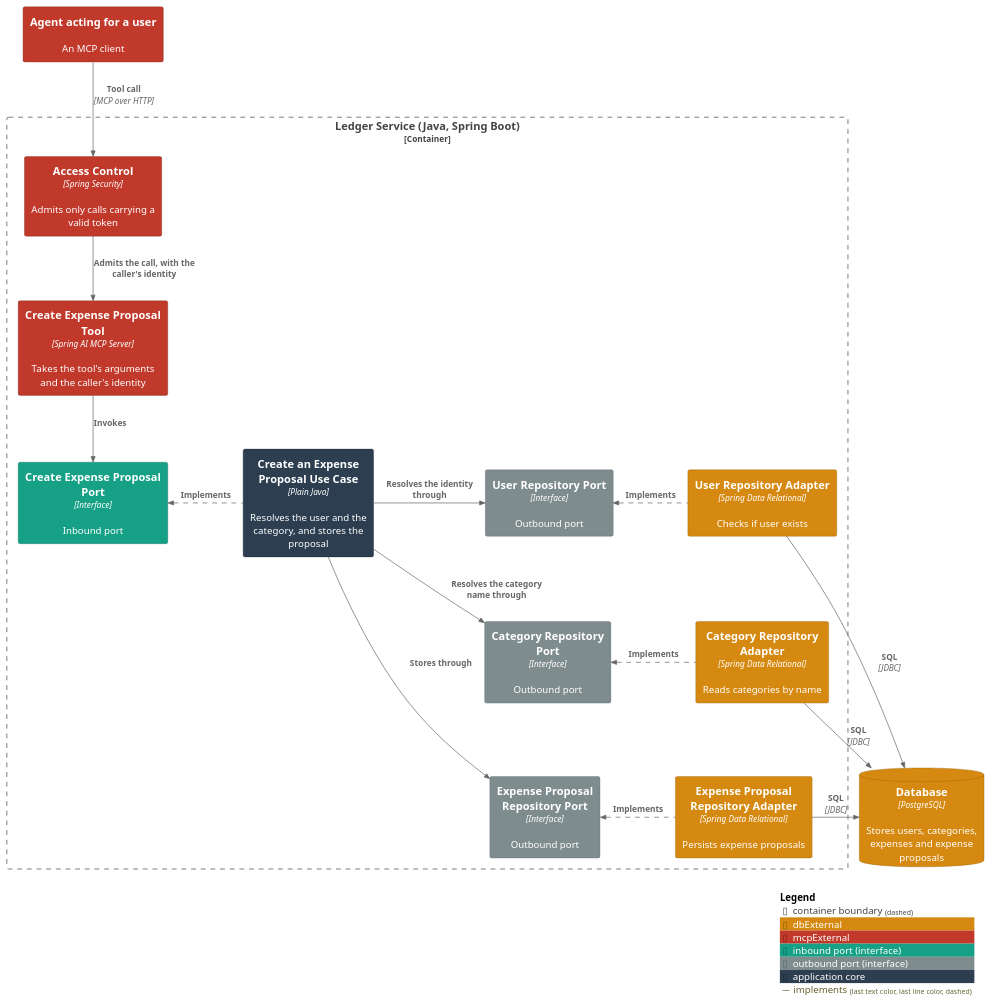
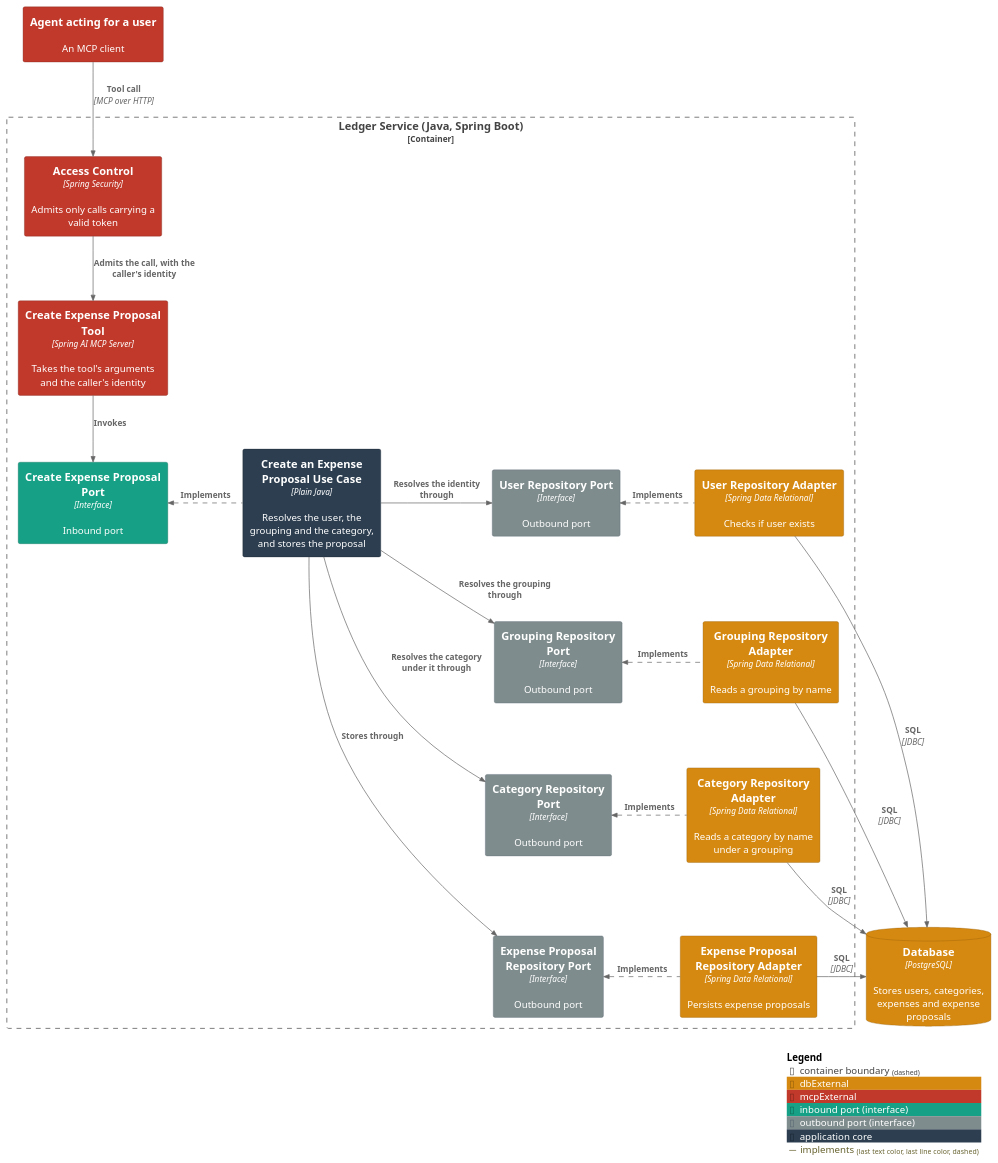
Before and after one commit to ds-usova/finance-bot: the first of 2 diagrams in ledger-service/docs/usecases/create-an-expense-proposal.md, drawn with PlantUML. The commit also changed other lines of this file and 98 other files, not shown here.

First line of the commit message:
Refactoring: new domain classes Grouping and Category (#4)

````diff
--- a/ledger-service/docs/usecases/create-an-expense-proposal.md
+++ b/ledger-service/docs/usecases/create-an-expense-proposal.md
@@ -60,47 +61,53 @@
 ```plantuml
 @startuml C3-Component-CreateExpenseProposal
 !include <C4/C4_Component>
 
 AddElementTag("dbExternal", $bgColor="#d68910", $fontColor="#ffffff", $borderColor="#8f5c0a")
 AddElementTag("mcpExternal", $bgColor="#c0392b", $fontColor="#ffffff", $borderColor="#7b241c")
 AddElementTag("portIn", $bgColor="#16a085", $fontColor="#ffffff", $borderColor="#0e6655", $legendText="inbound port (interface)")
 AddElementTag("portOut", $bgColor="#7f8c8d", $fontColor="#ffffff", $borderColor="#566573", $legendText="outbound port (interface)")
 AddElementTag("core", $bgColor="#2c3e50", $fontColor="#ffffff", $borderColor="#1b2631", $legendText="application core")
 AddRelTag("implements", $lineStyle="dashed")
 
 System_Ext(agent, "Agent acting for a user", "An MCP client", $tags="mcpExternal")
 ContainerDb(db, "Database", "PostgreSQL", "Stores users, categories, expenses and expense proposals", $tags="dbExternal")
 
 Container_Boundary(ledger, "Ledger Service (Java, Spring Boot)") {
   Component(accessControl, "Access Control", "Spring Security", "Admits only calls carrying a valid token", $tags="mcpExternal")
   Component(mcpTool, "Create Expense Proposal Tool", "Spring AI MCP Server", "Takes the tool's arguments and the caller's identity", $tags="mcpExternal")
   Component(createProposalPort, "Create Expense Proposal Port", "Interface", "Inbound port", $tags="portIn")
-  Component(createProposalService, "Create an Expense Proposal Use Case", "Plain Java", "Resolves the user and the category, and stores the proposal", $tags="core")
+  Component(createProposalService, "Create an Expense Proposal Use Case", "Plain Java", "Resolves the user, the grouping and the category, and stores the proposal", $tags="core")
   Component(userRepositoryPort, "User Repository Port", "Interface", "Outbound port", $tags="portOut")
+  Component(groupingRepositoryPort, "Grouping Repository Port", "Interface", "Outbound port", $tags="portOut")
   Component(categoryRepositoryPort, "Category Repository Port", "Interface", "Outbound port", $tags="portOut")
   Component(proposalRepositoryPort, "Expense Proposal Repository Port", "Interface", "Outbound port", $tags="portOut")
-  Component(categoryRepositoryAdapter, "Category Repository Adapter", "Spring Data Relational", "Reads categories by name", $tags="dbExternal")
+  Component(userRepositoryAdapter, "User Repository Adapter", "Spring Data Relational", "Checks if user exists", $tags="dbExternal")
+  Component(groupingRepositoryAdapter, "Grouping Repository Adapter", "Spring Data Relational", "Reads a grouping by name", $tags="dbExternal")
+  Component(categoryRepositoryAdapter, "Category Repository Adapter", "Spring Data Relational", "Reads a category by name under a grouping", $tags="dbExternal")
   Component(proposalRepositoryAdapter, "Expense Proposal Repository Adapter", "Spring Data Relational", "Persists expense proposals", $tags="dbExternal")
-  Component(userRepositoryAdapter, "User Repository Adapter", "Spring Data Relational", "Checks if user exists", $tags="dbExternal")
 }
 
 Rel(agent, accessControl, "Tool call", "MCP over HTTP")
 Rel_D(accessControl, mcpTool, "Admits the call, with the caller's identity")
 Rel_D(mcpTool, createProposalPort, "Invokes")
 Rel_L(createProposalService, createProposalPort, "Implements", $tags="implements")
 Rel_R(createProposalService, userRepositoryPort, "Resolves the identity through")
-Rel_R(createProposalService, categoryRepositoryPort, "Resolves the category name through")
+Rel_R(createProposalService, groupingRepositoryPort, "Resolves the grouping through")
+Rel_R(createProposalService, categoryRepositoryPort, "Resolves the category under it through")
 Rel_R(createProposalService, proposalRepositoryPort, "Stores through")
+Rel_L(userRepositoryAdapter, userRepositoryPort, "Implements", $tags="implements")
+Rel_L(groupingRepositoryAdapter, groupingRepositoryPort, "Implements", $tags="implements")
 Rel_L(categoryRepositoryAdapter, categoryRepositoryPort, "Implements", $tags="implements")
 Rel_L(proposalRepositoryAdapter, proposalRepositoryPort, "Implements", $tags="implements")
-Rel_L(userRepositoryAdapter, userRepositoryPort, "Implements", $tags="implements")
 Rel_R(userRepositoryAdapter, db, "SQL", "JDBC")
+Rel_R(groupingRepositoryAdapter, db, "SQL", "JDBC")
 Rel_R(categoryRepositoryAdapter, db, "SQL", "JDBC")
 Rel_R(proposalRepositoryAdapter, db, "SQL", "JDBC")
 
-Lay_D(userRepositoryPort, categoryRepositoryPort)
+Lay_D(userRepositoryPort, groupingRepositoryPort)
+Lay_D(groupingRepositoryPort, categoryRepositoryPort)
 Lay_D(categoryRepositoryPort, proposalRepositoryPort)
 
 SHOW_LEGEND()
 @enduml
 ```
````
